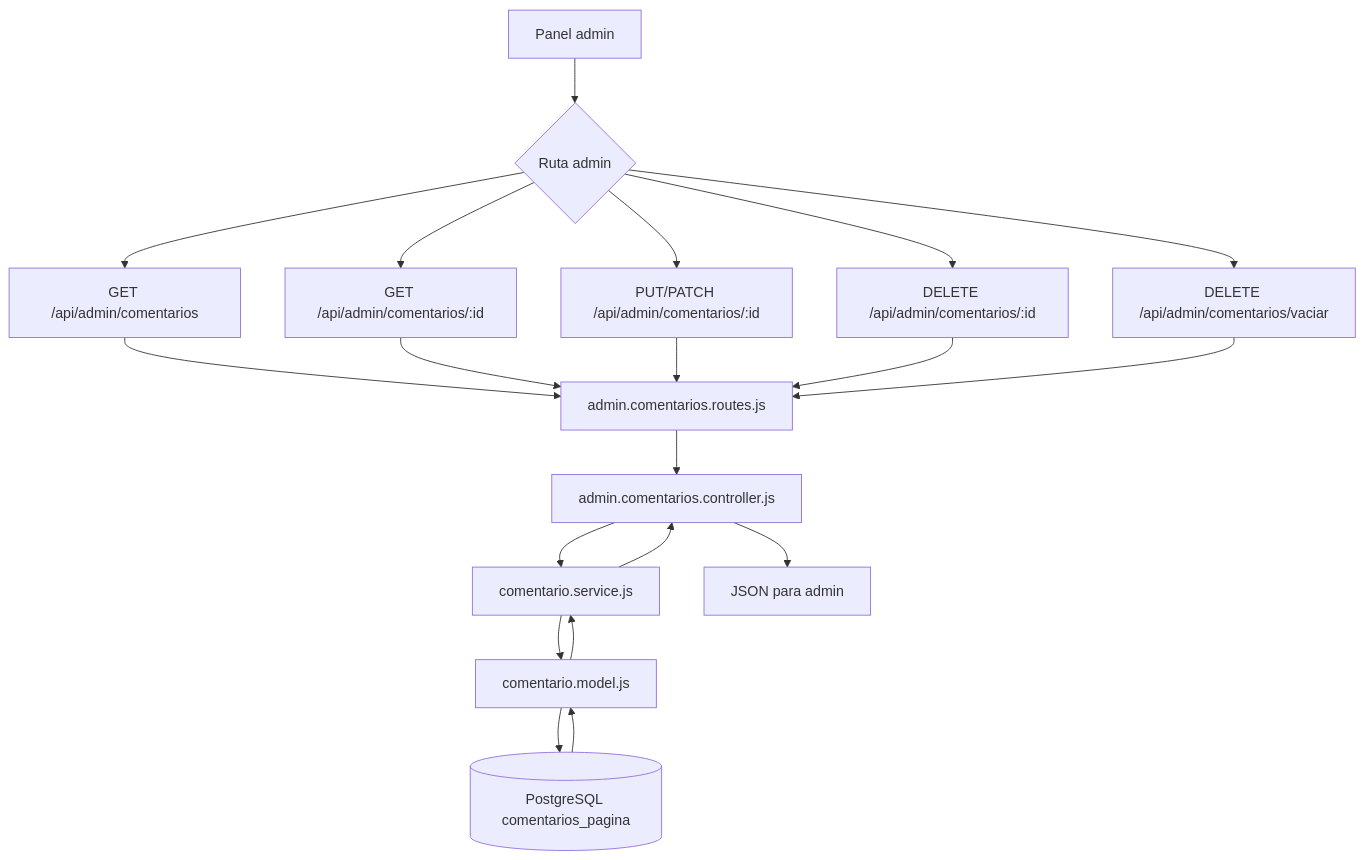
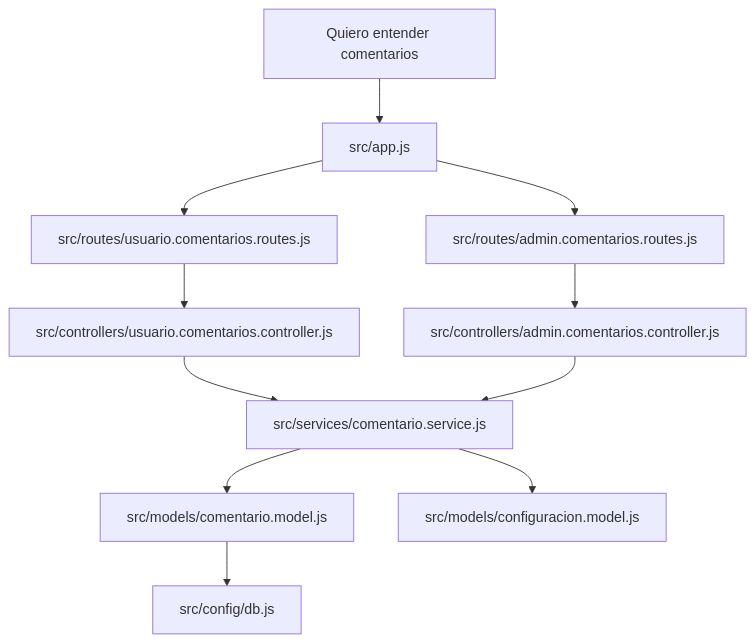
One commit to BrandonAlbertt/ecommerce-sosaimpor-api changed the eighth of 8 diagrams in documentacion/GUIA_COMENTARIOS_PAGINA.md. Above: the diagram before and after it, drawn with Mermaid. The commit also changed other lines of this file and 51 other files, not shown here.

````diff
--- a/documentacion/GUIA_COMENTARIOS_PAGINA.md
+++ b/documentacion/GUIA_COMENTARIOS_PAGINA.md
@@ -305,24 +449,13 @@
 ```mermaid
 flowchart TD
-  A[Panel admin] --> B{Ruta admin}
-  B --> C[GET /api/admin/comentarios]
-  B --> D[GET /api/admin/comentarios/:id]
-  B --> E[PUT/PATCH /api/admin/comentarios/:id]
-  B --> F[DELETE /api/admin/comentarios/:id]
-  B --> G[DELETE /api/admin/comentarios/vaciar]
-
-  C --> H[admin.comentarios.routes.js]
-  D --> H
-  E --> H
-  F --> H
-  G --> H
-
-  H --> I[admin.comentarios.controller.js]
-  I --> J[comentario.service.js]
-  J --> K[comentario.model.js]
-  K --> L[(PostgreSQL comentarios_pagina)]
-  L --> K
-  K --> J
-  J --> I
-  I --> M[JSON para admin]
+  A[Quiero entender comentarios] --> B[src/app.js]
+  B --> C[src/routes/usuario.comentarios.routes.js]
+  B --> D[src/routes/admin.comentarios.routes.js]
+  C --> E[src/controllers/usuario.comentarios.controller.js]
+  D --> F[src/controllers/admin.comentarios.controller.js]
+  E --> G[src/services/comentario.service.js]
+  F --> G
+  G --> H[src/models/comentario.model.js]
+  G --> I[src/models/configuracion.model.js]
+  H --> J[src/config/db.js]
 ```
````
